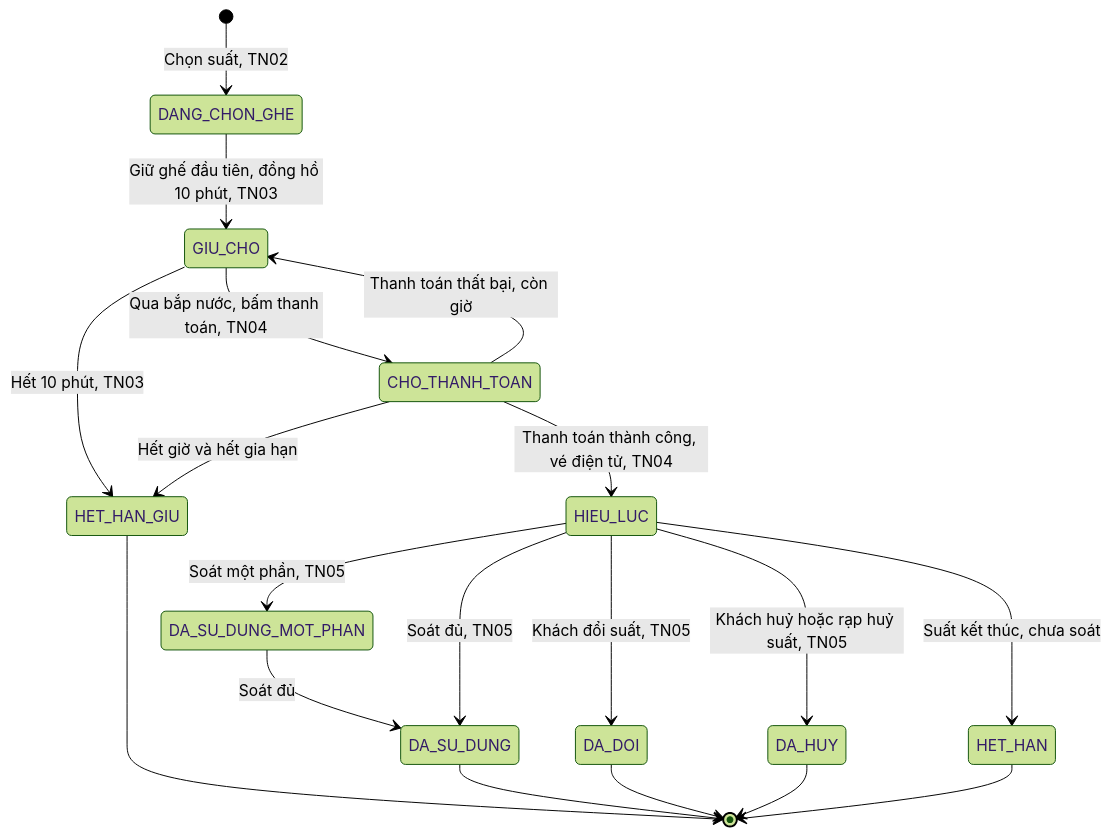
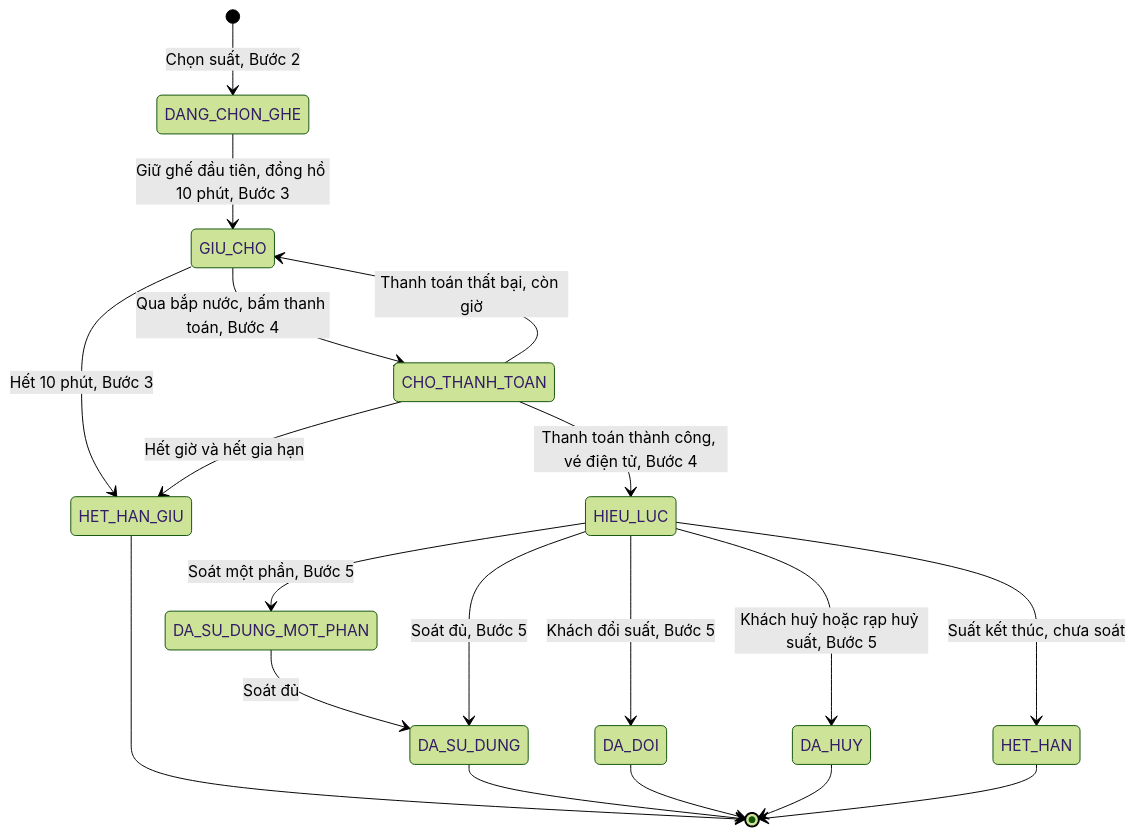
Before and after one commit to uxfoundation-vn/de08-dat-ve-xem-phim: the first of 2 diagrams in README.md, drawn with Mermaid (forest theme). The commit also changed other lines of this file and 12 other files, not shown here.

First line of the commit message:
Gộp đề thành 1 tính năng: 1 luồng gồm các bước và màn hình

````diff
--- a/README.md
+++ b/README.md
@@ -21,21 +27,21 @@
 ```mermaid
 stateDiagram-v2
-  [*] --> DANG_CHON_GHE : Chọn suất, TN02
-  DANG_CHON_GHE --> GIU_CHO : Giữ ghế đầu tiên, đồng hồ 10 phút, TN03
-  GIU_CHO --> CHO_THANH_TOAN : Qua bắp nước, bấm thanh toán, TN04
-  GIU_CHO --> HET_HAN_GIU : Hết 10 phút, TN03
+  [*] --> DANG_CHON_GHE : Chọn suất, Bước 2
+  DANG_CHON_GHE --> GIU_CHO : Giữ ghế đầu tiên, đồng hồ 10 phút, Bước 3
+  GIU_CHO --> CHO_THANH_TOAN : Qua bắp nước, bấm thanh toán, Bước 4
+  GIU_CHO --> HET_HAN_GIU : Hết 10 phút, Bước 3
   CHO_THANH_TOAN --> GIU_CHO : Thanh toán thất bại, còn giờ
   CHO_THANH_TOAN --> HET_HAN_GIU : Hết giờ và hết gia hạn
-  CHO_THANH_TOAN --> HIEU_LUC : Thanh toán thành công, vé điện tử, TN04
-  HIEU_LUC --> DA_SU_DUNG_MOT_PHAN : Soát một phần, TN05
+  CHO_THANH_TOAN --> HIEU_LUC : Thanh toán thành công, vé điện tử, Bước 4
+  HIEU_LUC --> DA_SU_DUNG_MOT_PHAN : Soát một phần, Bước 5
   DA_SU_DUNG_MOT_PHAN --> DA_SU_DUNG : Soát đủ
-  HIEU_LUC --> DA_SU_DUNG : Soát đủ, TN05
-  HIEU_LUC --> DA_DOI : Khách đổi suất, TN05
-  HIEU_LUC --> DA_HUY : Khách huỷ hoặc rạp huỷ suất, TN05
+  HIEU_LUC --> DA_SU_DUNG : Soát đủ, Bước 5
+  HIEU_LUC --> DA_DOI : Khách đổi suất, Bước 5
+  HIEU_LUC --> DA_HUY : Khách huỷ hoặc rạp huỷ suất, Bước 5
   HIEU_LUC --> HET_HAN : Suất kết thúc, chưa soát
   HET_HAN_GIU --> [*]
   DA_SU_DUNG --> [*]
   DA_DOI --> [*]
   DA_HUY --> [*]
   HET_HAN --> [*]
 ```
````
